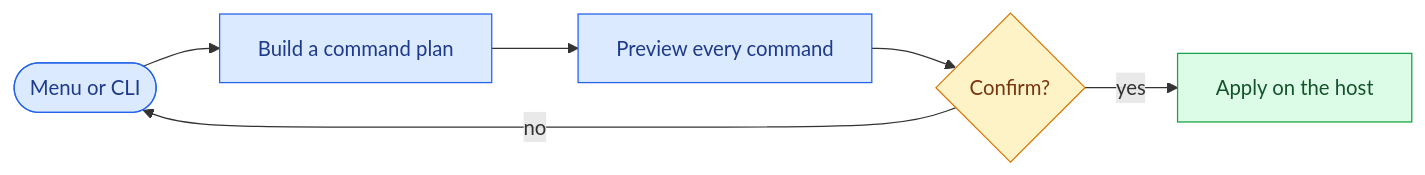
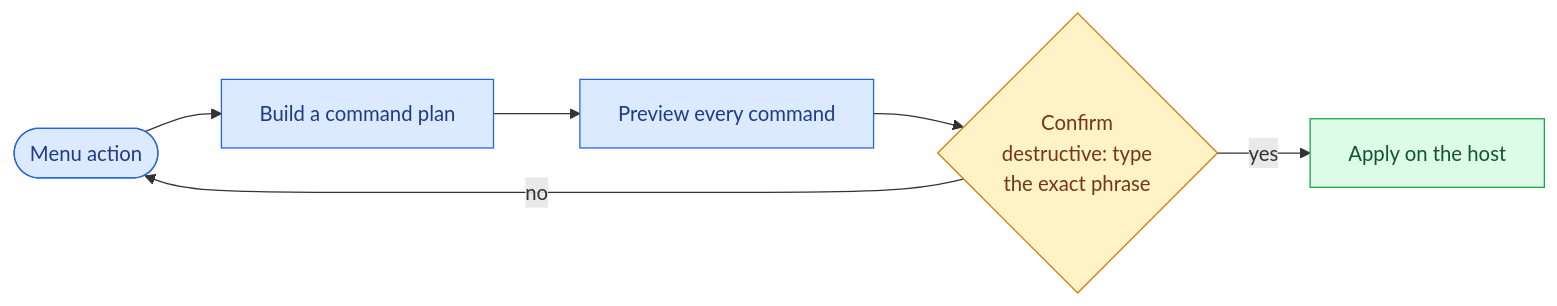
The first of 2 diagrams in README.md (grojof/odoo_dev_workspace_generator), drawn with Mermaid before and after one commit. The commit also changed other lines of this file and 21 other files, not shown here.

````diff
--- a/README.md
+++ b/README.md
@@ -27,12 +27,12 @@
 ```mermaid
 flowchart LR
-    A([Menu or CLI]) --> B[Build a command plan] --> C[Preview every command] --> D{Confirm?}
+    A([Menu action]) --> B[Build a command plan] --> C[Preview every command] --> D{Confirm<br/>destructive: type<br/>the exact phrase}
     D -- yes --> E[Apply on the host]
     D -- no --> A
     classDef step fill:#dbeafe,stroke:#2563eb,color:#1e3a8a
     classDef ask fill:#fef3c7,stroke:#d97706,color:#78350f
     classDef act fill:#dcfce7,stroke:#16a34a,color:#14532d
     class A,B,C step
     class D ask
     class E act
 ```
````
